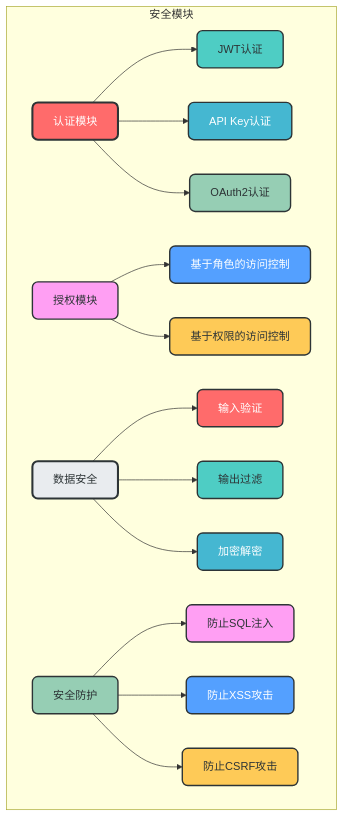
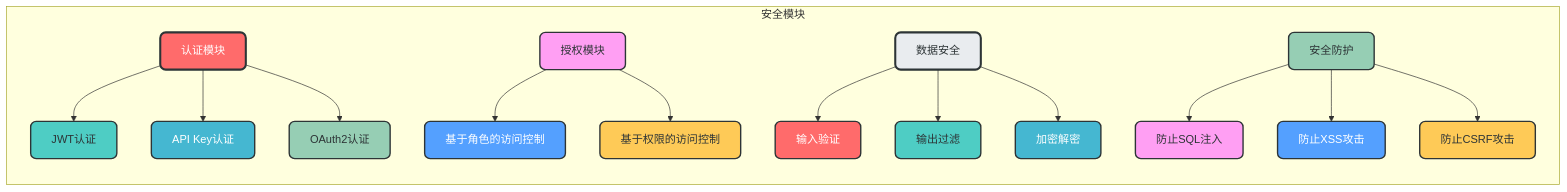
Before and after one commit to amuqiao/fastapi-enterprise-framework-template: diagram 17 of 24 in docs/design/architecture_guide.md, drawn with Mermaid. The commit also changed other lines of this file, not shown here.

````diff
--- a/docs/design/architecture_guide.md
+++ b/docs/design/architecture_guide.md
@@ -1158,35 +1150,35 @@
 ```mermaid
-graph TD
+graph LR
     subgraph 安全模块
         A[认证模块] --> B[JWT认证]
         A --> C[API Key认证]
         A --> D[OAuth2认证]
         
         E[授权模块] --> F[基于角色的访问控制]
         E --> G[基于权限的访问控制]
         
         H[数据安全] --> I[输入验证]
         H --> J[输出过滤]
         H --> K[加密解密]
         
         L[安全防护] --> M[防止SQL注入]
         L --> N[防止XSS攻击]
         L --> O[防止CSRF攻击]
     end
     
     style A fill:#FF6B6B,stroke:#2D3436,stroke-width:3px,color:white,rx:8,ry:8
     style B fill:#4ECDC4,stroke:#2D3436,stroke-width:2px,color:#2D3436,rx:8,ry:8
     style C fill:#45B7D1,stroke:#2D3436,stroke-width:2px,color:white,rx:8,ry:8
     style D fill:#96CEB4,stroke:#2D3436,stroke-width:2px,color:#2D3436,rx:8,ry:8
     style E fill:#FF9FF3,stroke:#2D3436,stroke-width:2px,color:#2D3436,rx:8,ry:8
     style F fill:#54A0FF,stroke:#2D3436,stroke-width:2px,color:white,rx:8,ry:8
     style G fill:#FECA57,stroke:#2D3436,stroke-width:2px,color:#2D3436,rx:8,ry:8
     style H fill:#E9ECEF,stroke:#2D3436,stroke-width:3px,color:#2D3436,rx:8,ry:8
     style I fill:#FF6B6B,stroke:#2D3436,stroke-width:2px,color:white,rx:8,ry:8
     style J fill:#4ECDC4,stroke:#2D3436,stroke-width:2px,color:#2D3436,rx:8,ry:8
     style K fill:#45B7D1,stroke:#2D3436,stroke-width:2px,color:white,rx:8,ry:8
     style L fill:#96CEB4,stroke:#2D3436,stroke-width:2px,color:#2D3436,rx:8,ry:8
     style M fill:#FF9FF3,stroke:#2D3436,stroke-width:2px,color:#2D3436,rx:8,ry:8
     style N fill:#54A0FF,stroke:#2D3436,stroke-width:2px,color:white,rx:8,ry:8
     style O fill:#FECA57,stroke:#2D3436,stroke-width:2px,color:#2D3436,rx:8,ry:8
 ```
````
